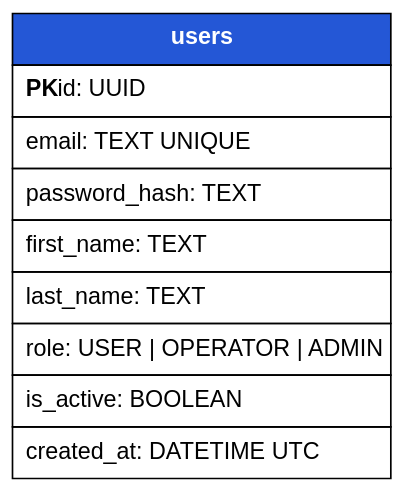
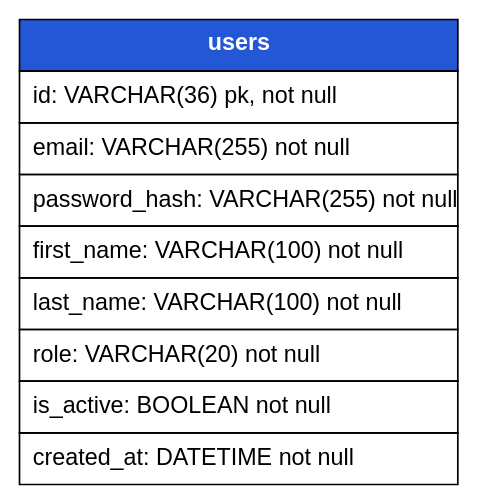
One commit to dydojopka/SmartCity changed the diagram in smart-city/database-design/identity/schema.dot. Above: the diagram before and after it, drawn with Graphviz. The commit also changed 11 other files, not shown here.

```diff
--- a/smart-city/database-design/identity/schema.dot
+++ b/smart-city/database-design/identity/schema.dot
@@ -1,18 +1,5 @@
-digraph identity_schema {
-  graph [rankdir=LR, bgcolor="transparent"];
-  node [shape=plain fontname="Arial"];
-
-  users [label=<
-    <TABLE BORDER="0" CELLBORDER="1" CELLSPACING="0" CELLPADDING="7">
-      <TR><TD BGCOLOR="#2457d6"><FONT COLOR="white"><B>users</B></FONT></TD></TR>
-      <TR><TD ALIGN="LEFT"><B>PK</B> id: UUID</TD></TR>
-      <TR><TD ALIGN="LEFT">email: TEXT UNIQUE</TD></TR>
-      <TR><TD ALIGN="LEFT">password_hash: TEXT</TD></TR>
-      <TR><TD ALIGN="LEFT">first_name: TEXT</TD></TR>
-      <TR><TD ALIGN="LEFT">last_name: TEXT</TD></TR>
-      <TR><TD ALIGN="LEFT">role: USER | OPERATOR | ADMIN</TD></TR>
-      <TR><TD ALIGN="LEFT">is_active: BOOLEAN</TD></TR>
-      <TR><TD ALIGN="LEFT">created_at: DATETIME UTC</TD></TR>
-    </TABLE>
-  >];
+digraph schema {
+graph [rankdir=LR, bgcolor="white"];
+node [shape=plain fontname="Arial"];
+users [label=<<TABLE BORDER="0" CELLBORDER="1" CELLSPACING="0" CELLPADDING="7"><TR><TD BGCOLOR="#2457d6"><FONT COLOR="white"><B>users</B></FONT></TD></TR><TR><TD ALIGN="LEFT">id: VARCHAR(36) pk, not null</TD></TR><TR><TD ALIGN="LEFT">email: VARCHAR(255) not null</TD></TR><TR><TD ALIGN="LEFT">password_hash: VARCHAR(255) not null</TD></TR><TR><TD ALIGN="LEFT">first_name: VARCHAR(100) not null</TD></TR><TR><TD ALIGN="LEFT">last_name: VARCHAR(100) not null</TD></TR><TR><TD ALIGN="LEFT">role: VARCHAR(20) not null</TD></TR><TR><TD ALIGN="LEFT">is_active: BOOLEAN not null</TD></TR><TR><TD ALIGN="LEFT">created_at: DATETIME not null</TD></TR></TABLE>>];
 }
```
